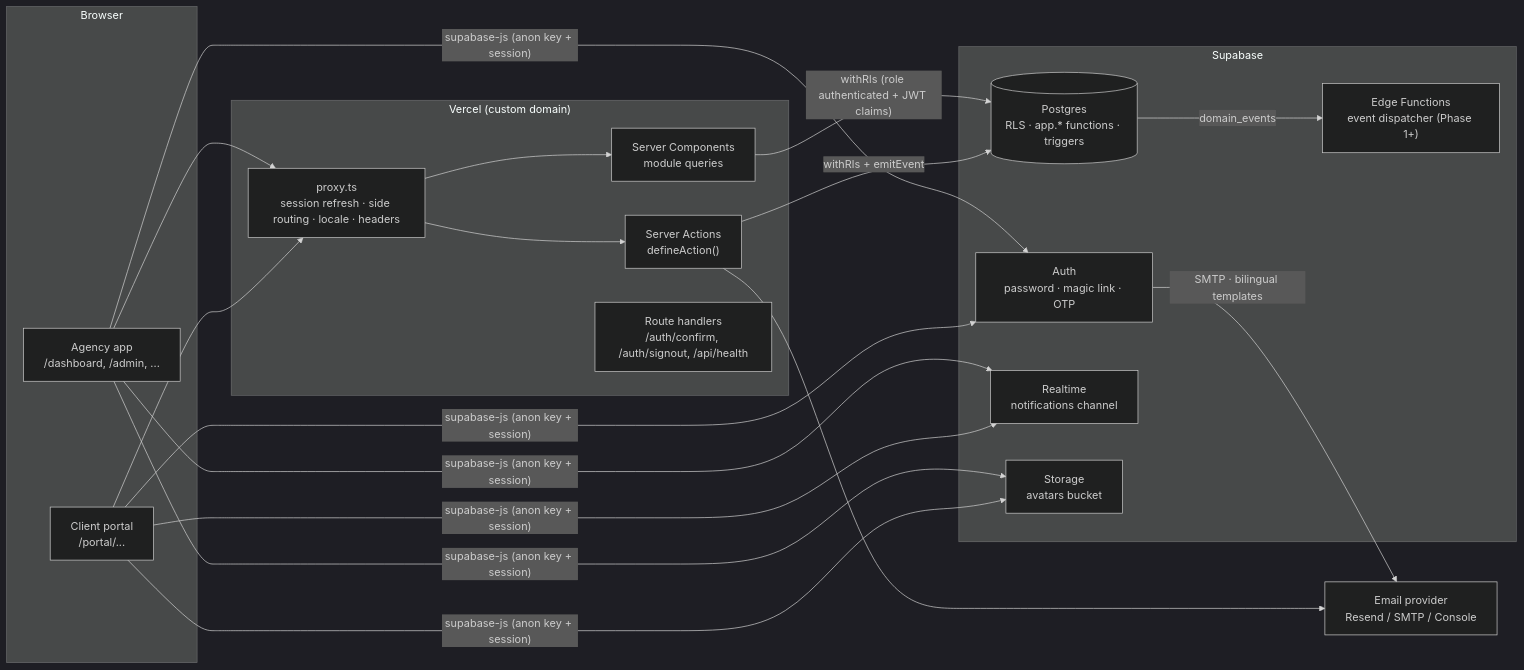
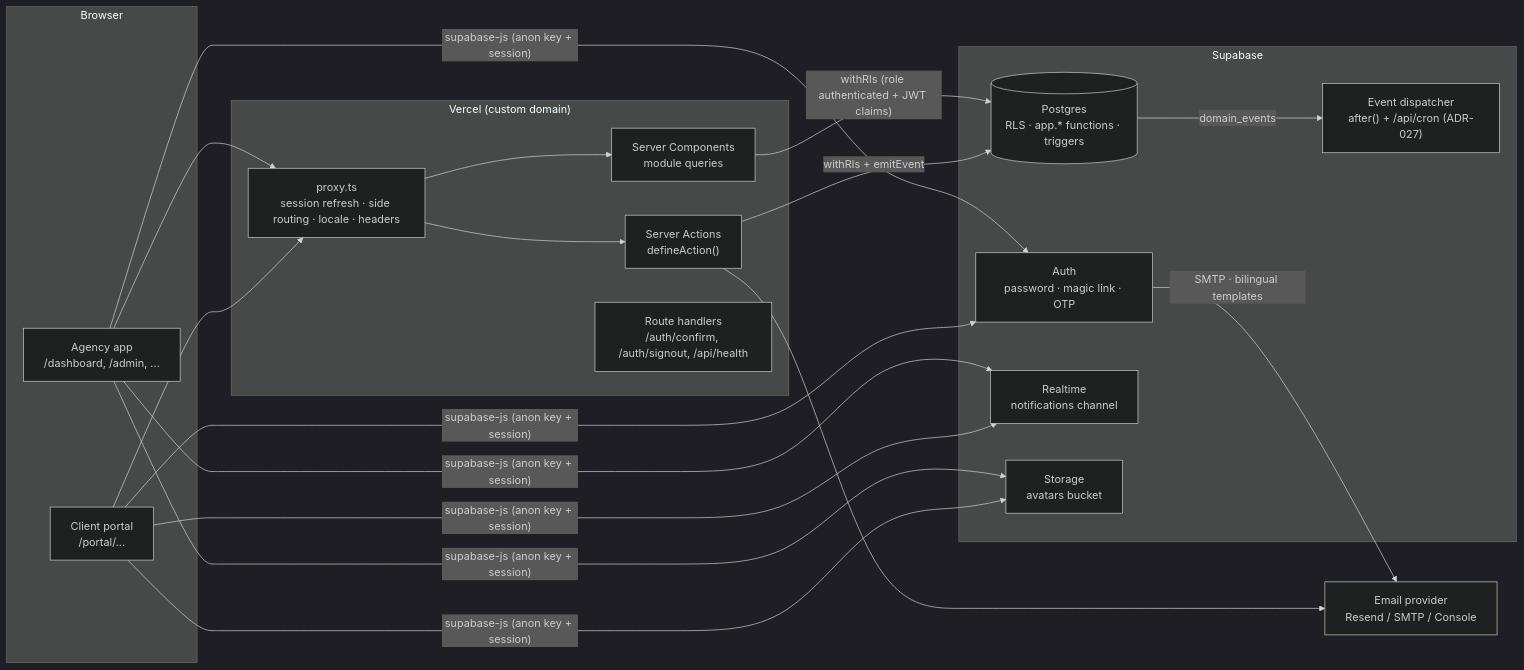
Before and after one commit to AHamido84/Central-Team: the first of 7 diagrams in docs/ARCHITECTURE.md, drawn with Mermaid (dark theme). The commit also changed other lines of this file and 5 other files, not shown here.

First line of the commit message:
docs: phase 2 requests — roadmap, data model, architecture, ADR-027..031, handoff

````diff
--- a/docs/ARCHITECTURE.md
+++ b/docs/ARCHITECTURE.md
@@ -7,32 +7,32 @@
 ```mermaid
 flowchart LR
   subgraph Browser
     A["Agency app<br/>/dashboard, /admin, ..."]
     P["Client portal<br/>/portal/..."]
   end
 
   subgraph Vercel["Vercel (custom domain)"]
     PX[proxy.ts<br/>session refresh · side routing · locale · headers]
     RSC[Server Components<br/>module queries]
     SA["Server Actions<br/>defineAction()"]
     API["Route handlers<br/>/auth/confirm, /auth/signout, /api/health"]
   end
 
   subgraph Supabase
     AUTH[Auth<br/>password · magic link · OTP]
     PG[(Postgres<br/>RLS · app.* functions · triggers)]
     RT[Realtime<br/>notifications channel]
     ST[Storage<br/>avatars bucket]
-    EF["Edge Functions<br/>event dispatcher (Phase 1+)"]
+    EF["Event dispatcher<br/>after() + /api/cron (ADR-027)"]
   end
 
   MAIL[Email provider<br/>Resend / SMTP / Console]
 
   A & P --> PX --> RSC & SA
   RSC -- "withRls (role authenticated + JWT claims)" --> PG
   SA -- "withRls + emitEvent" --> PG
   A & P -- "supabase-js (anon key + session)" --> AUTH & RT & ST
   AUTH -- "SMTP · bilingual templates" --> MAIL
   SA --> MAIL
   PG -- "domain_events" --> EF
 ```
````
